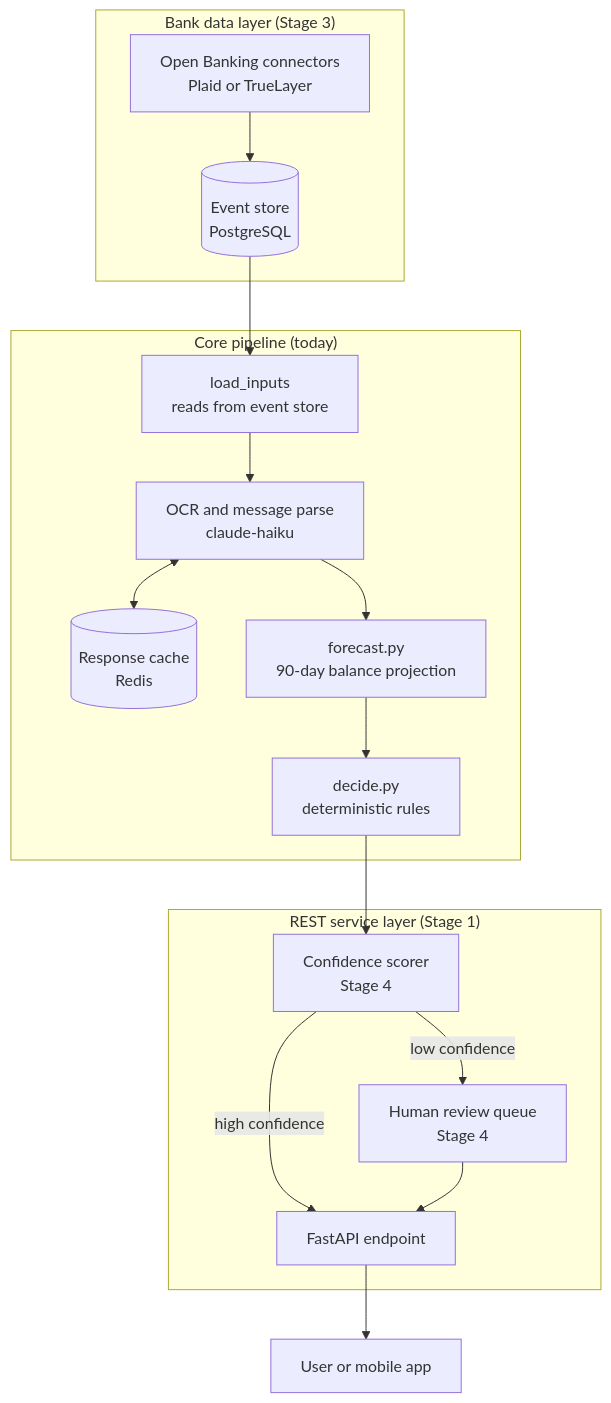
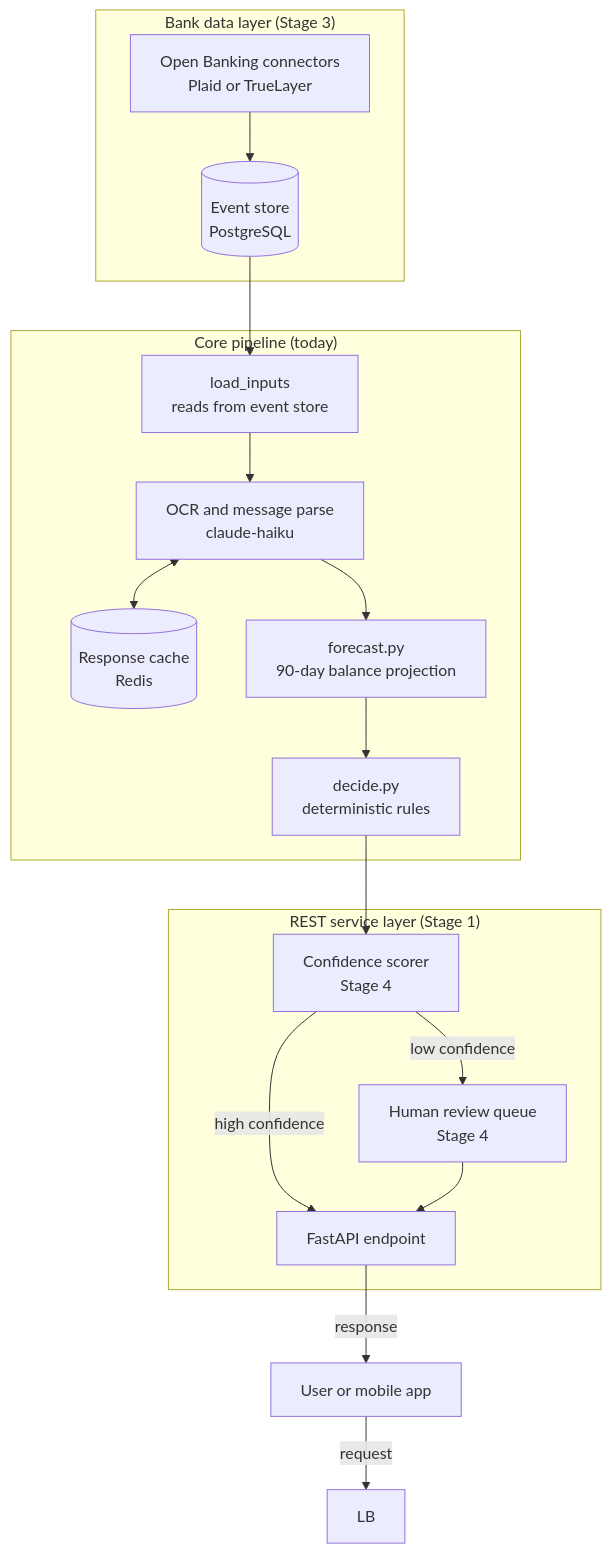
One commit to deshanekanayaka/hackerrank-orchestrate-september26 changed the diagram in docs/06-future.md. Above: the diagram before and after it, drawn with Mermaid. The commit also changed 3 other files, not shown here.

````diff
--- a/docs/06-future.md
+++ b/docs/06-future.md
@@ -59,35 +59,36 @@
 ```mermaid
 flowchart TD
     subgraph bank["Bank data layer (Stage 3)"]
         BANK[Open Banking connectors\nPlaid or TrueLayer]
         EVENTS[(Event store\nPostgreSQL)]
         BANK --> EVENTS
     end
 
     subgraph core["Core pipeline (today)"]
         LOAD[load_inputs\nreads from event store]
         OCR[OCR and message parse\nclaude-haiku]
         CACHE[(Response cache\nRedis)]
         FORECAST[forecast.py\n90-day balance projection]
         DECIDE[decide.py\ndeterministic rules]
         OCR <--> CACHE
     end
 
     subgraph service["REST service layer (Stage 1)"]
         API[FastAPI endpoint]
         CONF[Confidence scorer\nStage 4]
         QUEUE[Human review queue\nStage 4]
     end
 
     USER[User or mobile app]
 
     EVENTS --> LOAD
     LOAD --> OCR
     OCR --> FORECAST
     FORECAST --> DECIDE
     DECIDE --> CONF
     CONF -->|high confidence| API
     CONF -->|low confidence| QUEUE
     QUEUE --> API
-    API --> USER
+    USER -->|request| LB
+    API -->|response| USER
 ```
````
